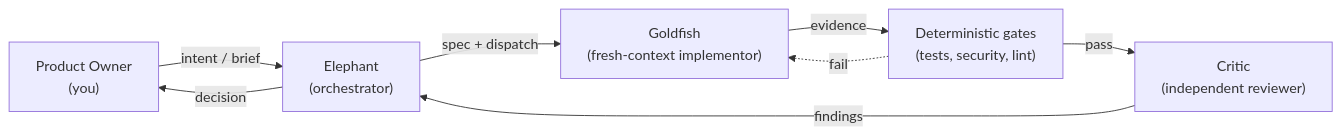
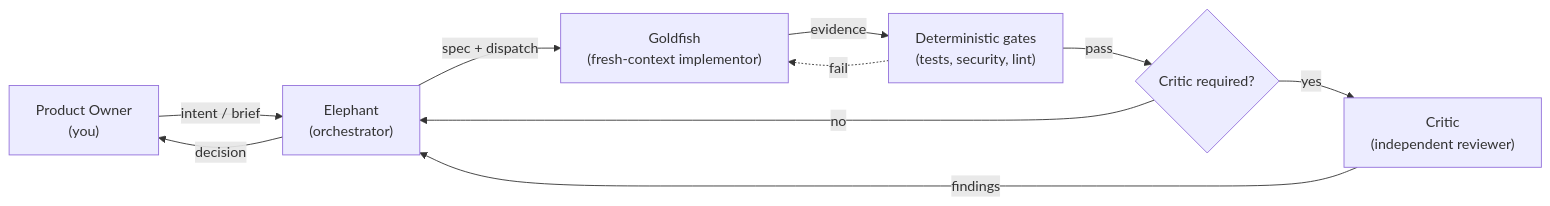
One commit to agent-pipe-shared/agent-pipeline changed the first of 2 diagrams in README.md. Above: the diagram before and after it, drawn with Mermaid. The commit also changed other lines of this file and 6 other files, not shown here.

````diff
--- a/README.md
+++ b/README.md
@@ -87,10 +87,12 @@
 ```mermaid
 flowchart LR
     PO["Product Owner<br/>(you)"] -->|"intent / brief"| Elephant["Elephant<br/>(orchestrator)"]
     Elephant -->|"spec + dispatch"| Goldfish["Goldfish<br/>(fresh-context implementor)"]
     Goldfish -->|"evidence"| Gates["Deterministic gates<br/>(tests, security, lint)"]
     Gates -.->|"fail"| Goldfish
-    Gates -->|"pass"| Critic["Critic<br/>(independent reviewer)"]
+    Gates -->|"pass"| Review{"Critic required?"}
+    Review -->|"yes"| Critic["Critic<br/>(independent reviewer)"]
+    Review -->|"no"| Elephant
     Critic -->|"findings"| Elephant
     Elephant -->|"decision"| PO
 ```
````
